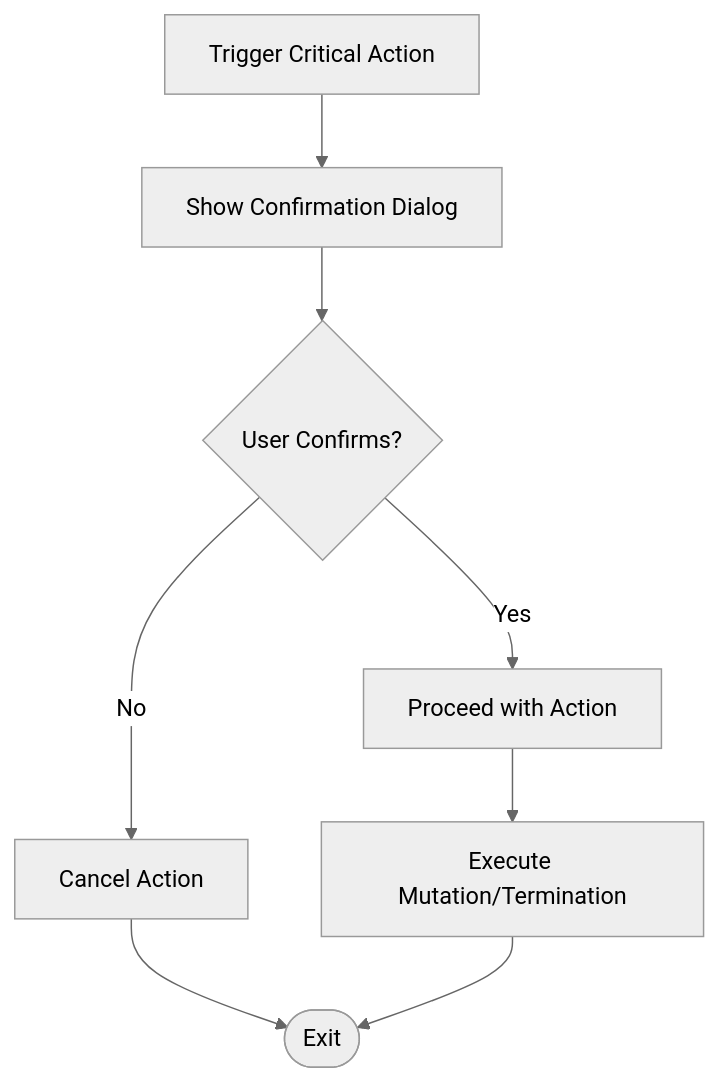
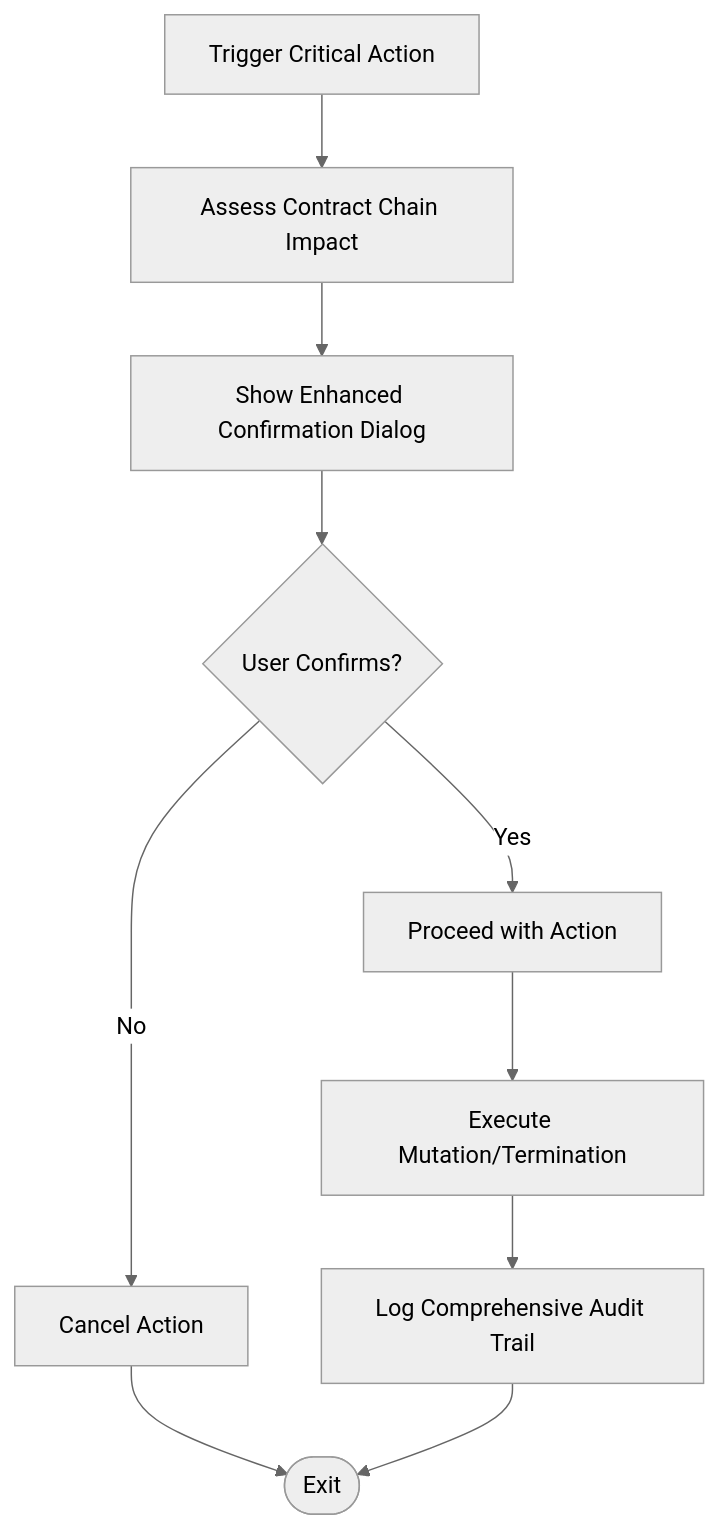
The ninth of 11 diagrams in .qoder/repowiki/en/content/Core HR Module/Employment Lifecycle.md (EdwinCycling/LiquidHR), drawn with Mermaid (neutral theme) before and after one commit. The commit also changed other lines of this file and 73 other files, not shown here.

````diff
--- a/.qoder/repowiki/en/content/Core HR Module/Employment Lifecycle.md
+++ b/.qoder/repowiki/en/content/Core HR Module/Employment Lifecycle.md
@@ -398,10 +501,12 @@
 ```mermaid
 flowchart TD
-Trigger["Trigger Critical Action"] --> ShowDialog["Show Confirmation Dialog"]
+Trigger["Trigger Critical Action"] --> AssessImpact["Assess Contract Chain Impact"]
+AssessImpact --> ShowDialog["Show Enhanced Confirmation Dialog"]
 ShowDialog --> UserChoice{"User Confirms?"}
 UserChoice --> |No| Cancel["Cancel Action"]
 UserChoice --> |Yes| Proceed["Proceed with Action"]
 Cancel --> End(["Exit"])
 Proceed --> Execute["Execute Mutation/Termination"]
-Execute --> End
+Execute --> LogAudit["Log Comprehensive Audit Trail"]
+LogAudit --> End
 ```
````
